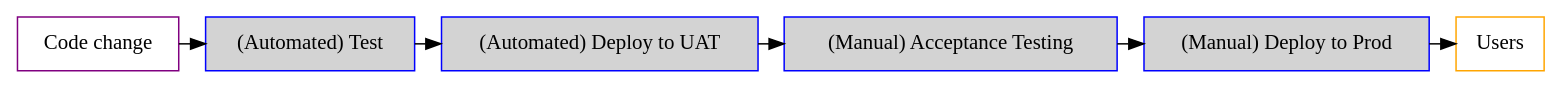
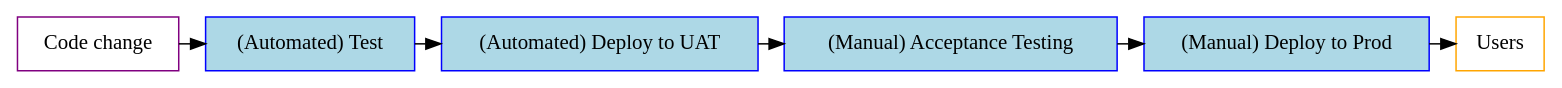
Before and after one commit to atsaloli/cicd: the diagram in img/lab-pipeline.dot, drawn with Graphviz.

```diff
--- a/img/lab-pipeline.dot
+++ b/img/lab-pipeline.dot
@@ -1,21 +1,21 @@
 digraph G {
   node [ shape = box ];
 
   code [ label = "Code change"      color = purple style = filled fillcolor = white ]
 
   subgraph pipeline {
     style = filled;
     color = lightgrey;
-    test [ label = "(Automated) Test" color = blue style = filled fillcolor = lightgrey ]
-    deploy_uat [ label = "(Automated) Deploy to UAT" color = blue style = filled fillcolor = lightgrey ]
-    uat_test [ label = "(Manual) Acceptance Testing" color = blue style = filled fillcolor = lightgrey ]
-    deploy_prod [ label = "(Manual) Deploy to Prod" color = blue style = filled fillcolor = lightgrey ]
+    test [ label = "(Automated) Test" color = blue style = filled fillcolor = lightblue ]
+    deploy_uat [ label = "(Automated) Deploy to UAT" color = blue style = filled fillcolor = lightblue ]
+    uat_test [ label = "(Manual) Acceptance Testing" color = blue style = filled fillcolor = lightblue ]
+    deploy_prod [ label = "(Manual) Deploy to Prod" color = blue style = filled fillcolor = lightblue ]
     test -> deploy_uat -> uat_test -> deploy_prod [constraint=false]; 
     label = "CI/CD Pipeline";
   }
 
   users [ label = "Users"      color = orange style = filled fillcolor = white ]
 
   code -> test [constraint=false];
   deploy_prod -> users [constraint=false]; 
 }
```
